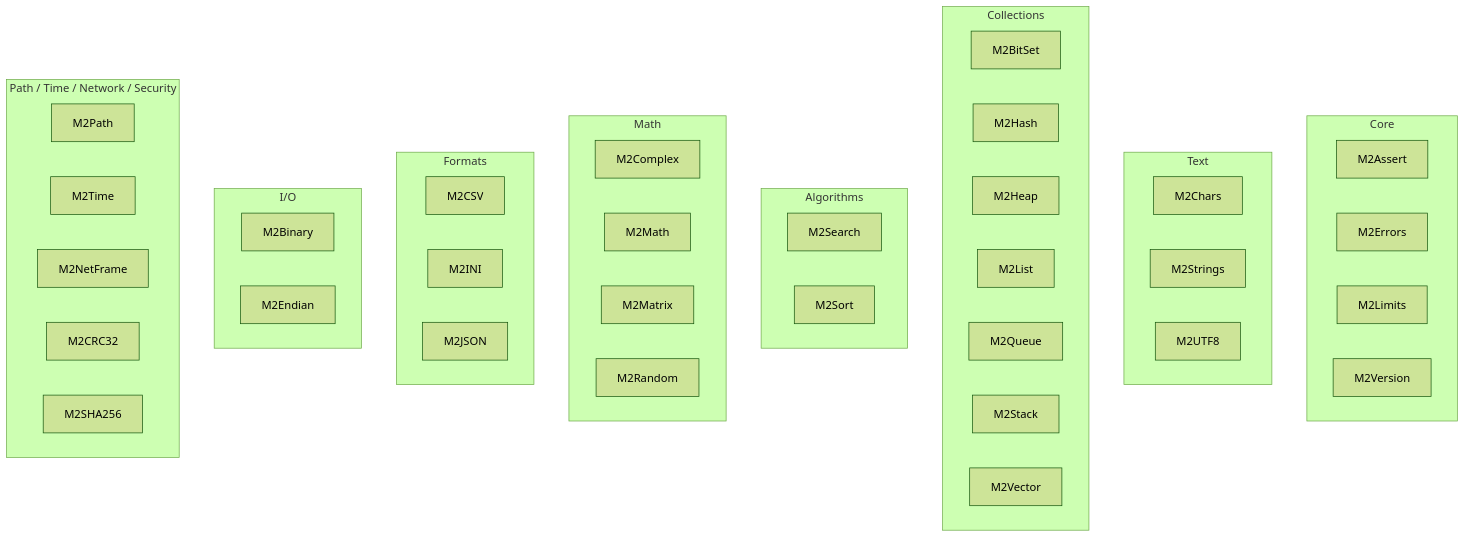
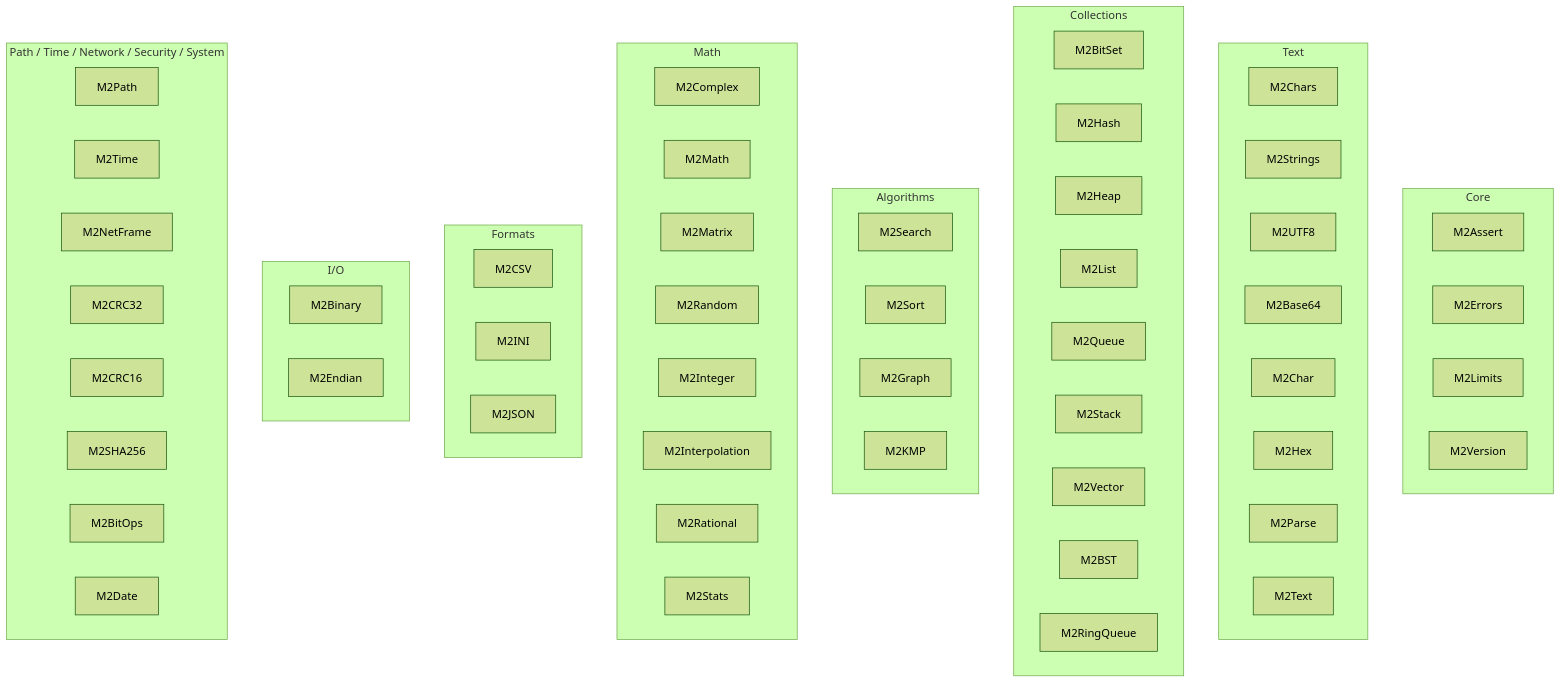
One commit to AHMADALIPARR/m2lib changed the diagram in README.md. Above: the diagram before and after it, drawn with Mermaid (forest theme). The commit also changed other lines of this file and 62 other files, not shown here.

````diff
--- a/README.md
+++ b/README.md
@@ -58,27 +59,27 @@
 ```mermaid
 flowchart TB
   subgraph core["Core"]
     M2Assert; M2Errors; M2Limits; M2Version
   end
   subgraph text["Text"]
-    M2Chars; M2Strings; M2UTF8
+    M2Chars; M2Strings; M2UTF8; M2Base64; M2Char; M2Hex; M2Parse; M2Text
   end
   subgraph coll["Collections"]
-    M2BitSet; M2Hash; M2Heap; M2List; M2Queue; M2Stack; M2Vector
+    M2BitSet; M2Hash; M2Heap; M2List; M2Queue; M2Stack; M2Vector; M2BST; M2RingQueue
   end
   subgraph algo["Algorithms"]
-    M2Search; M2Sort
+    M2Search; M2Sort; M2Graph; M2KMP
   end
   subgraph math["Math"]
-    M2Complex; M2Math; M2Matrix; M2Random
+    M2Complex; M2Math; M2Matrix; M2Random; M2Integer; M2Interpolation; M2Rational; M2Stats
   end
   subgraph fmt["Formats"]
     M2CSV; M2INI; M2JSON
   end
   subgraph io["I/O"]
     M2Binary; M2Endian
   end
-  subgraph sys["Path / Time / Network / Security"]
-    M2Path; M2Time; M2NetFrame; M2CRC32; M2SHA256
+  subgraph sys["Path / Time / Network / Security / System"]
+    M2Path; M2Time; M2NetFrame; M2CRC32; M2CRC16; M2SHA256; M2BitOps; M2Date
   end
 ```
````
